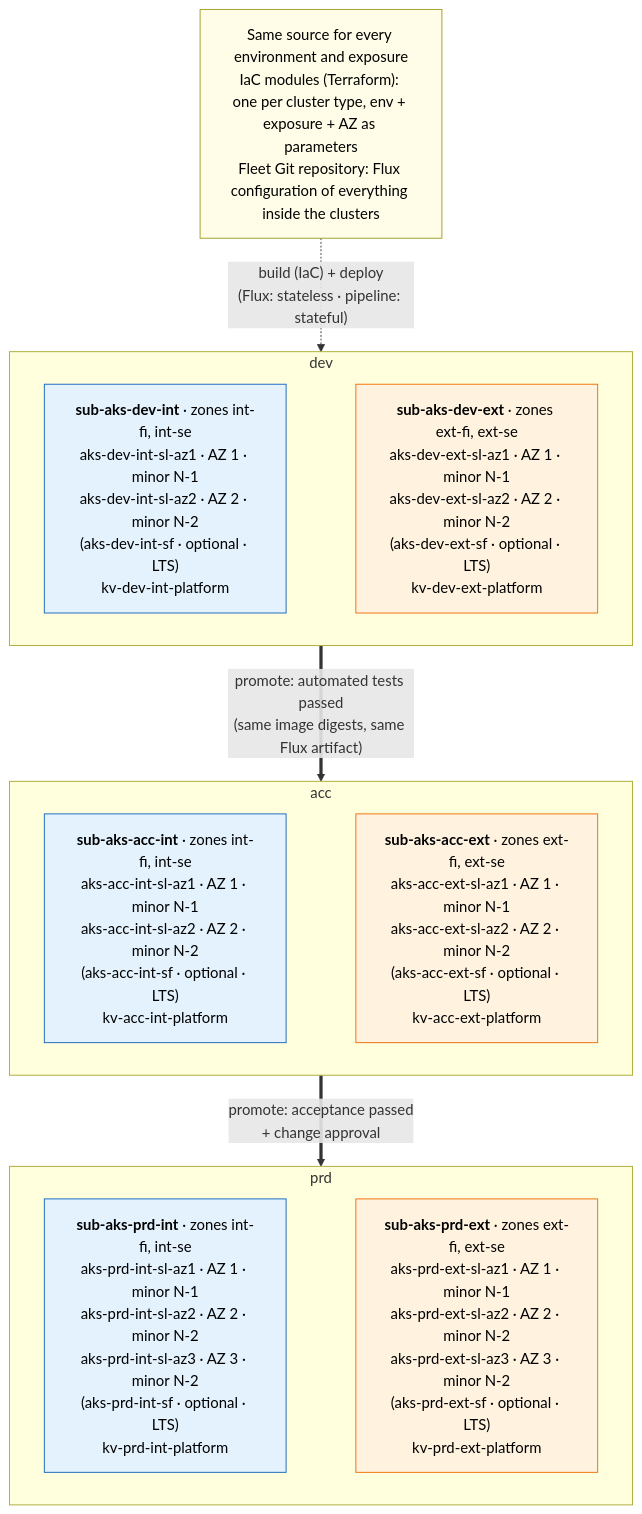
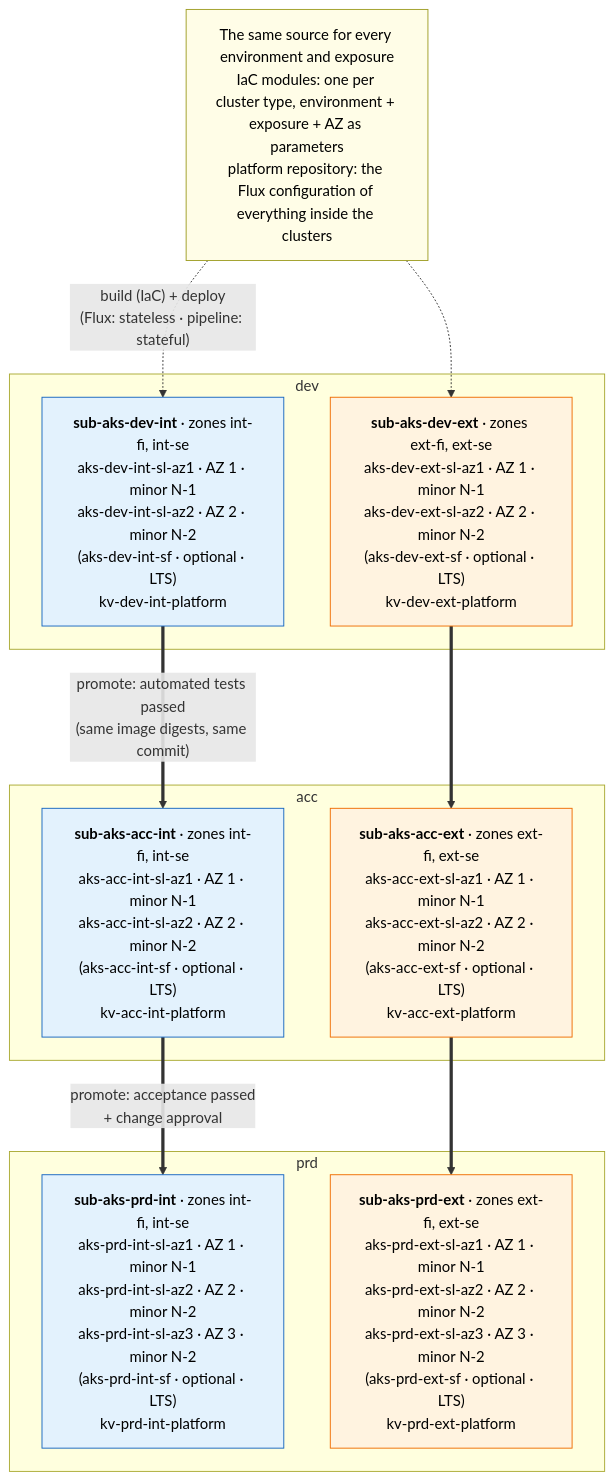
The diagram in diagrams/3.2-environments.mmd (onek8s/onek8s.github.io), drawn with Mermaid before and after one commit. The commit also changed 69 other files, not shown here.

```diff
--- a/diagrams/3.2-environments.mmd
+++ b/diagrams/3.2-environments.mmd
@@ -1,37 +1,34 @@
 %% Fourteen to twenty clusters: three environments x two exposures (internal, external - a subscription each, D52)
 %% x (two or three zonal stateless clusters + an optional stateful cluster), plus one platform Key Vault per
-%% environment and exposure that holds the certificates of that exposure's zones.
+%% environment and exposure that holds the certificates and keys of that exposure's clusters.
 %% Every environment and exposure is built from the same IaC modules and the same Flux configuration, only
 %% parameters differ.
 flowchart TB
-    src["Same source for every environment and exposure<br/>IaC modules (Terraform): one per cluster type, env + exposure + AZ as parameters<br/>Fleet Git repository: Flux configuration of everything inside the clusters"]
+    src["The same source for every environment and exposure<br/>IaC modules: one per cluster type, environment + exposure + AZ as parameters<br/>platform repository: the Flux configuration of everything inside the clusters"]
 
     subgraph DEV["dev"]
-        direction LR
         devi["<b>sub-aks-dev-int</b> · zones int-fi, int-se<br/>aks-dev-int-sl-az1 · AZ 1 · minor N-1<br/>aks-dev-int-sl-az2 · AZ 2 · minor N-2<br/>(aks-dev-int-sf · optional · LTS)<br/>kv-dev-int-platform"]
         deve["<b>sub-aks-dev-ext</b> · zones ext-fi, ext-se<br/>aks-dev-ext-sl-az1 · AZ 1 · minor N-1<br/>aks-dev-ext-sl-az2 · AZ 2 · minor N-2<br/>(aks-dev-ext-sf · optional · LTS)<br/>kv-dev-ext-platform"]
-        devi ~~~ deve
     end
     subgraph ACC["acc"]
-        direction LR
         acci["<b>sub-aks-acc-int</b> · zones int-fi, int-se<br/>aks-acc-int-sl-az1 · AZ 1 · minor N-1<br/>aks-acc-int-sl-az2 · AZ 2 · minor N-2<br/>(aks-acc-int-sf · optional · LTS)<br/>kv-acc-int-platform"]
         acce["<b>sub-aks-acc-ext</b> · zones ext-fi, ext-se<br/>aks-acc-ext-sl-az1 · AZ 1 · minor N-1<br/>aks-acc-ext-sl-az2 · AZ 2 · minor N-2<br/>(aks-acc-ext-sf · optional · LTS)<br/>kv-acc-ext-platform"]
-        acci ~~~ acce
     end
     subgraph PRD["prd"]
-        direction LR
         prdi["<b>sub-aks-prd-int</b> · zones int-fi, int-se<br/>aks-prd-int-sl-az1 · AZ 1 · minor N-1<br/>aks-prd-int-sl-az2 · AZ 2 · minor N-2<br/>aks-prd-int-sl-az3 · AZ 3 · minor N-2<br/>(aks-prd-int-sf · optional · LTS)<br/>kv-prd-int-platform"]
         prde["<b>sub-aks-prd-ext</b> · zones ext-fi, ext-se<br/>aks-prd-ext-sl-az1 · AZ 1 · minor N-1<br/>aks-prd-ext-sl-az2 · AZ 2 · minor N-2<br/>aks-prd-ext-sl-az3 · AZ 3 · minor N-2<br/>(aks-prd-ext-sf · optional · LTS)<br/>kv-prd-ext-platform"]
-        prdi ~~~ prde
     end
 
-    src -.->|"build (IaC) + deploy<br/>(Flux: stateless · pipeline: stateful)"| DEV
-    DEV ==>|"promote: automated tests passed<br/>(same image digests, same Flux artifact)"| ACC
-    ACC ==>|"promote: acceptance passed<br/>+ change approval"| PRD
+    src -.->|"build (IaC) + deploy<br/>(Flux: stateless · pipeline: stateful)"| devi
+    src -.-> deve
+    devi ==>|"promote: automated tests passed<br/>(same image digests, same commit)"| acci
+    deve ==> acce
+    acci ==>|"promote: acceptance passed<br/>+ change approval"| prdi
+    acce ==> prde
 
     classDef int fill:#e3f2fd,stroke:#1565c0,color:#000
     classDef ext fill:#fff3e0,stroke:#ef6c00,color:#000
     classDef note fill:#fffde7,stroke:#9e9d24,color:#000
     class devi,acci,prdi int
     class deve,acce,prde ext
     class src note
```
